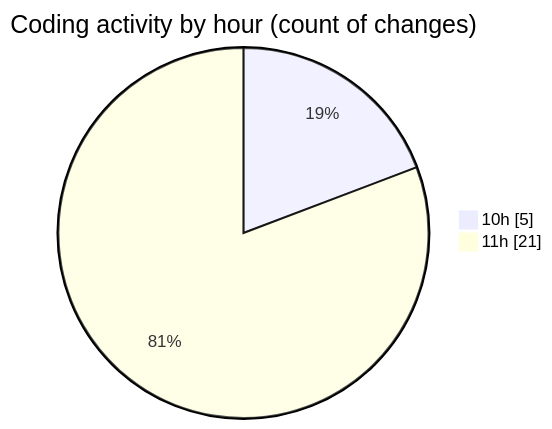
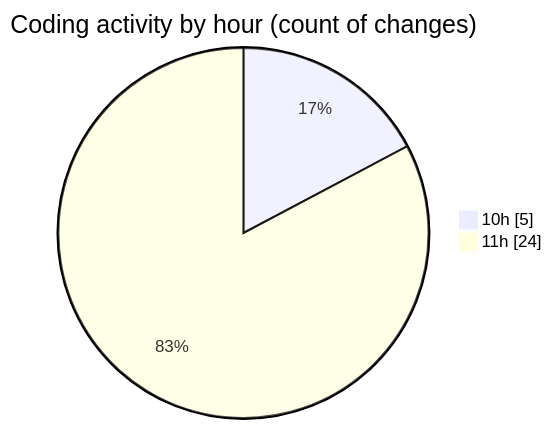
One commit to nxtqubesakshisongat/code-tracking changed the second of 2 diagrams in 2025-06-21/nxtqube_webapp/README.md. Above: the diagram before and after it, drawn with Mermaid. The commit also changed other lines of this file and 1 other file, not shown here.

````diff
--- a/2025-06-21/nxtqube_webapp/README.md
+++ b/2025-06-21/nxtqube_webapp/README.md
@@ -28,6 +30,6 @@
 ```mermaid
 pie showData
 title Coding activity by hour (count of changes)
 "10h" : 5
-"11h" : 21
+"11h" : 24
 ```
````
